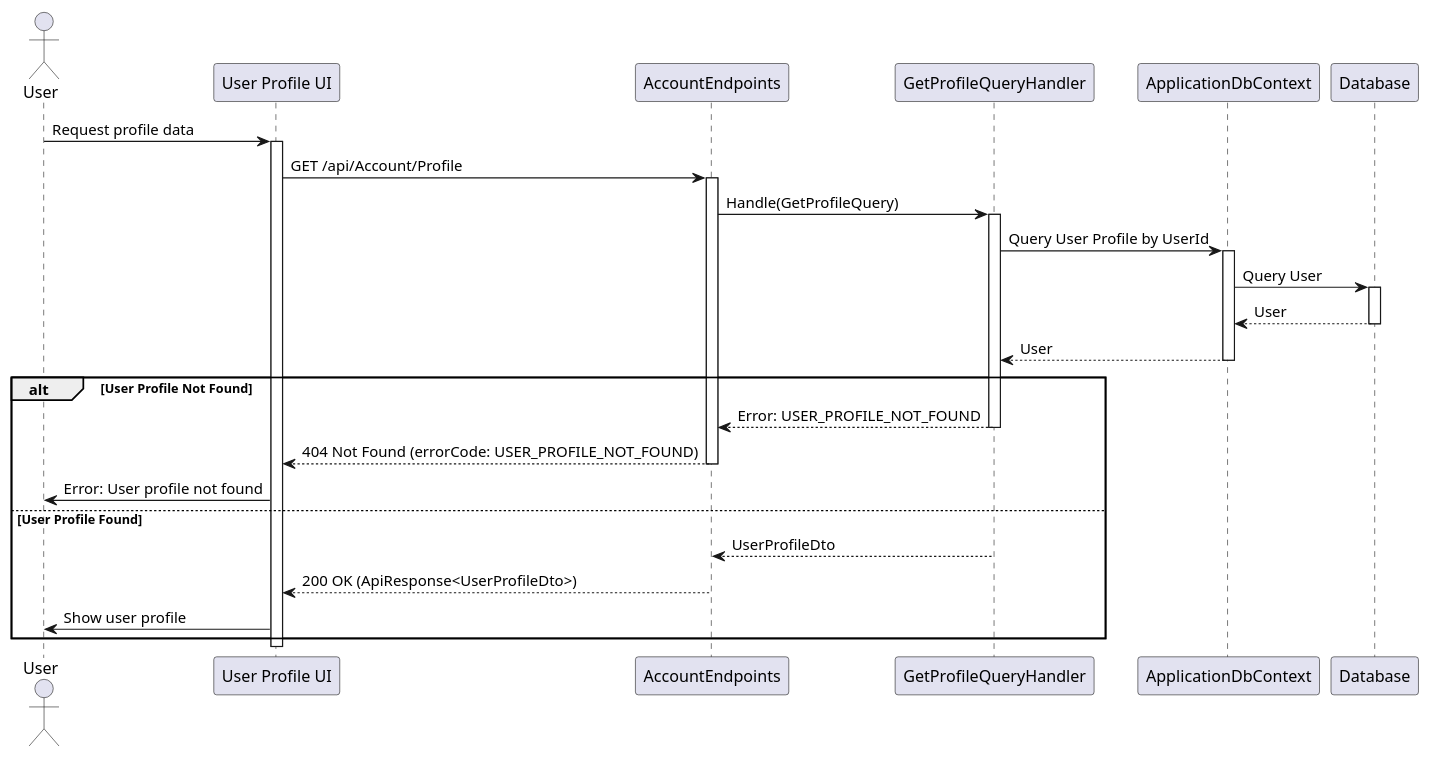
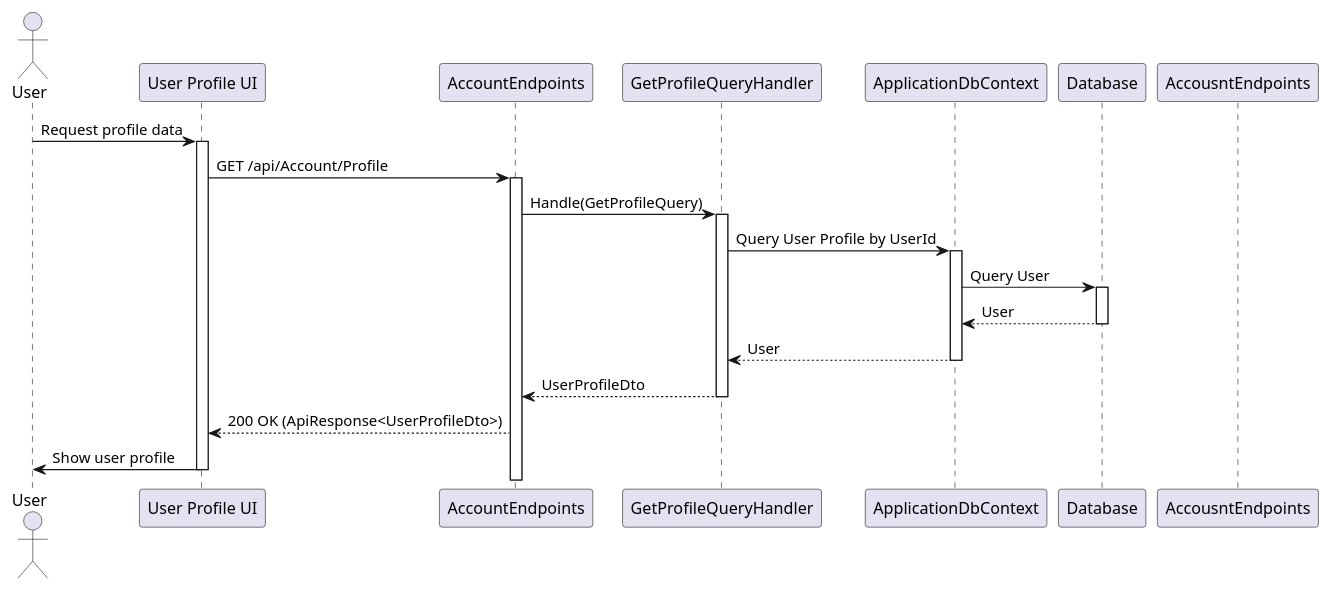
The diagram in Accounts/Sequence/GetProfileQuery.puml (thanhkhac/SEP_Diagram), drawn with PlantUML before and after one commit.

Commit message:
Simplify GetProfileQuery sequence diagram

```diff
--- a/Accounts/Sequence/GetProfileQuery.puml
+++ b/Accounts/Sequence/GetProfileQuery.puml
@@ -1,44 +1,36 @@
 @startuml
 actor User
 participant "User Profile UI" as UI
 participant AccountEndpoints
 participant GetProfileQueryHandler as Handler
 participant ApplicationDbContext
 participant Database
 
 User -> UI : Request profile data
 activate UI
 
 UI -> AccountEndpoints : GET /api/Account/Profile
 activate AccountEndpoints
 
 AccountEndpoints -> Handler : Handle(GetProfileQuery)
 activate Handler
 
 Handler -> ApplicationDbContext : Query User Profile by UserId
 activate ApplicationDbContext
 
 ApplicationDbContext -> Database : Query User
 activate Database
 Database --> ApplicationDbContext : User
 deactivate Database
 
 ApplicationDbContext --> Handler : User
 deactivate ApplicationDbContext
-
-alt User Profile Not Found
-    Handler --> AccountEndpoints : Error: USER_PROFILE_NOT_FOUND
-    deactivate Handler
-    AccountEndpoints --> UI : 404 Not Found (errorCode: USER_PROFILE_NOT_FOUND)
-    deactivate AccountEndpoints
-    UI -> User : Error: User profile not found
-else User Profile Found
     Handler --> AccountEndpoints : UserProfileDto
     deactivate Handler
     AccountEndpoints --> UI : 200 OK (ApiResponse<UserProfileDto>)
-    deactivate AccountEndpoints
+    deactivate AccousntEndpoints
     UI -> User : Show user profile
-end
+
 deactivate UI
 
 @enduml
```
